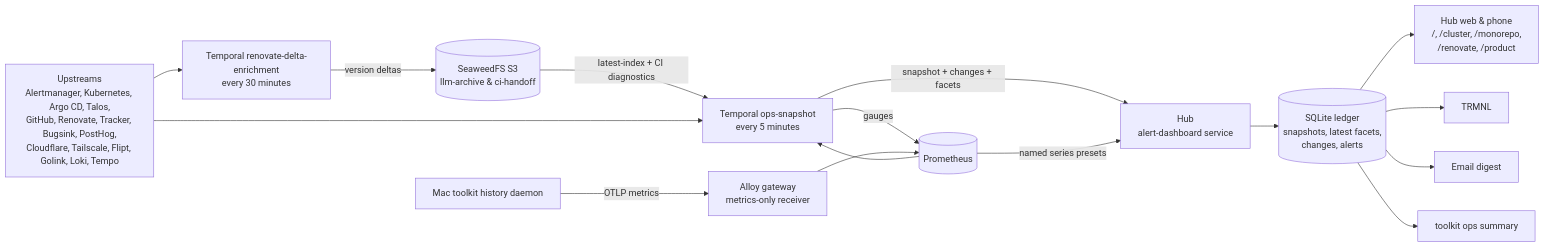
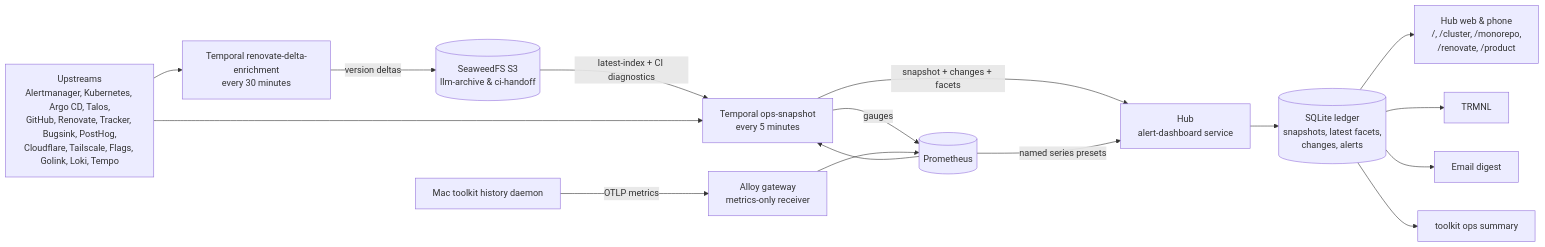
The diagram in packages/docs/wiki/src/content/docs/explanation/homelab/operations-overview.md (shepherdjerred/monorepo), drawn with Mermaid before and after one commit. The commit also changed 253 other files, not shown here.

````diff
--- a/packages/docs/wiki/src/content/docs/explanation/homelab/operations-overview.md
+++ b/packages/docs/wiki/src/content/docs/explanation/homelab/operations-overview.md
@@ -41,34 +41,34 @@
 ```mermaid
 flowchart LR
   accTitle: Operations overview data flow
   accDescr: Temporal schedules enrich Renovate version deltas in SeaweedFS S3 llm-archive and collect every upstream plus ci-handoff Turborepo diagnostics into one OpsIngest posted to Hub. Hub stores hourly snapshots, latest-only facets, changes, and alerts in SQLite and serves named Prometheus series presets to the web UI, including /cluster, /monorepo, /renovate, and /product, alongside TRMNL, the email digest, and the toolkit CLI.
 
-  SRC["Upstreams\nAlertmanager, Kubernetes, Argo CD, Talos,\nGitHub, Renovate, Tracker, Bugsink, PostHog,\nCloudflare, Tailscale, Flipt, Golink, Loki, Tempo"]
+  SRC["Upstreams\nAlertmanager, Kubernetes, Argo CD, Talos,\nGitHub, Renovate, Tracker, Bugsink, PostHog,\nCloudflare, Tailscale, Flags, Golink, Loki, Tempo"]
   DELTA["Temporal renovate-delta-enrichment\nevery 30 minutes"]
   S3[("SeaweedFS S3\nllm-archive & ci-handoff")]
   TEMPORAL["Temporal ops-snapshot\nevery 5 minutes"]
   PROM[(Prometheus)]
   DASH["Hub\nalert-dashboard service"]
   DB[("SQLite ledger\nsnapshots, latest facets,\nchanges, alerts")]
   MAC["Mac toolkit history daemon"]
   ALLOY["Alloy gateway\nmetrics-only receiver"]
   WEB["Hub web & phone\n/, /cluster, /monorepo,\n/renovate, /product"]
   TRMNL[TRMNL]
   MAIL["Email digest"]
   CLI["toolkit ops summary"]
 
   SRC --> DELTA
   DELTA -->|"version deltas"| S3
   S3 -->|"latest-index + CI diagnostics"| TEMPORAL
   SRC --> TEMPORAL
   TEMPORAL -->|gauges| PROM
   TEMPORAL -->|"snapshot + changes + facets"| DASH
   DASH --> DB
   PROM -->|"named series presets"| DASH
   MAC -->|"OTLP metrics"| ALLOY --> PROM
   PROM --> TEMPORAL
   DB --> WEB
   DB --> TRMNL
   DB --> MAIL
   DB --> CLI
 ```
````
